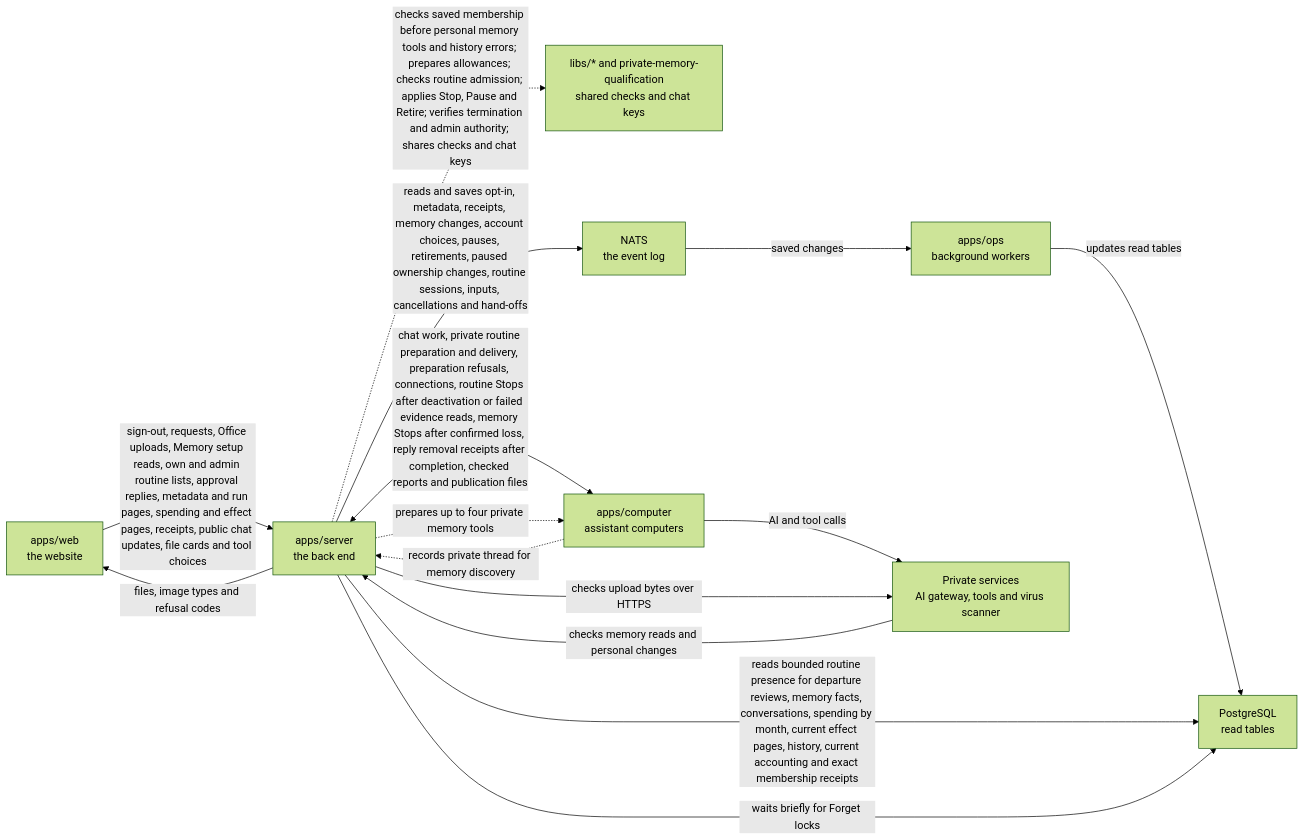
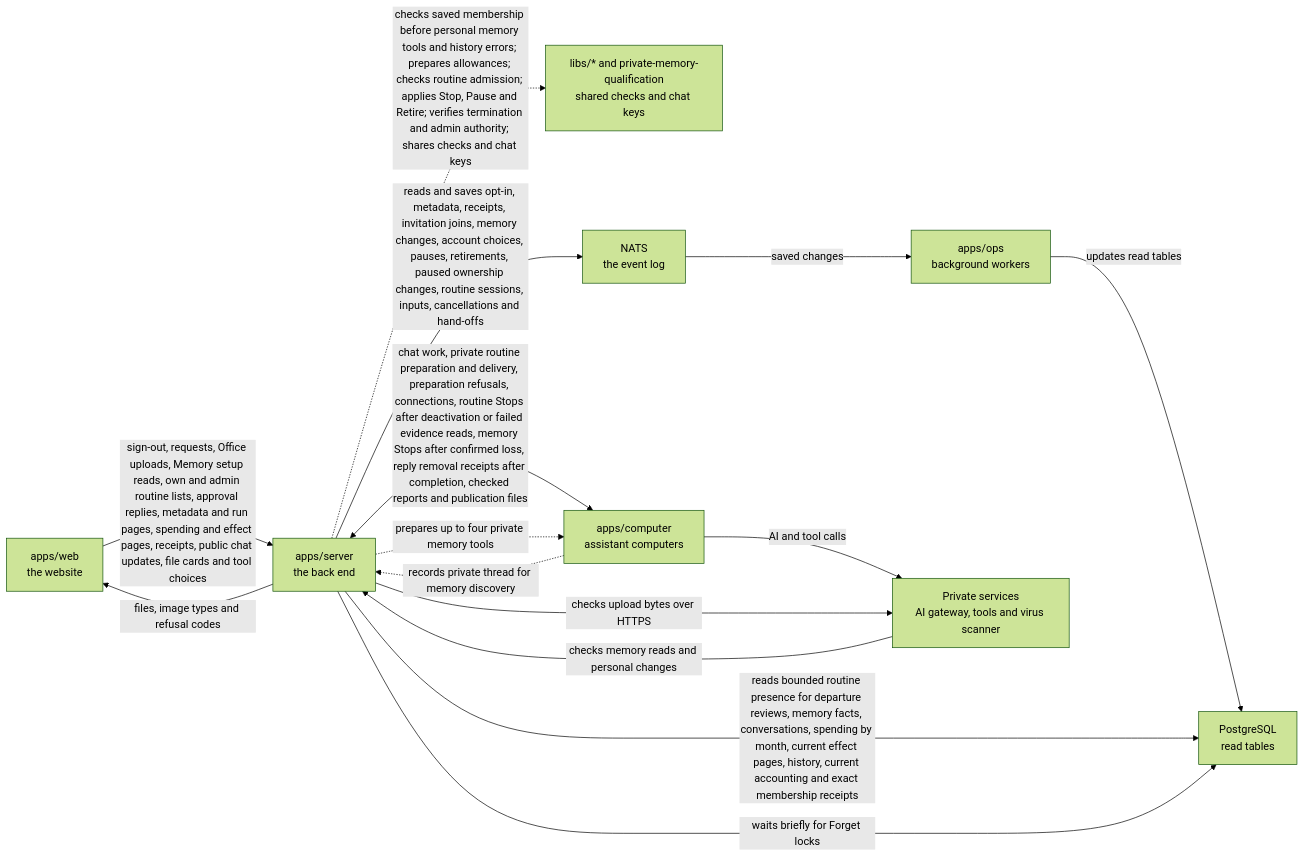
Before and after one commit to elewa-git/opencrane-new: the diagram in apps/server/README.md, drawn with Mermaid (forest theme). The commit also changed other lines of this file and 6 other files, not shown here.

Commit message:
🐛 Recover concurrent invite results and wait for routine reads

````diff
--- a/apps/server/README.md
+++ b/apps/server/README.md
@@ -179,17 +179,17 @@
 ```mermaid
 flowchart LR
   web["apps/web<br/>the website"] -->|sign-out, requests, Office uploads, Memory setup reads, own and admin routine lists, approval replies, metadata and run pages, spending and effect pages, receipts, public chat updates, file cards and tool choices| server["apps/server<br/>the back end"]
   server -.->|checks saved membership before personal memory tools and history errors; prepares allowances; checks routine admission; applies Stop, Pause and Retire; verifies termination and admin authority; shares checks and chat keys| libs["libs/* and private-memory-qualification<br/>shared checks and chat keys"]
-  server -->|reads and saves opt-in, metadata, receipts, memory changes, account choices, pauses, retirements, paused ownership changes, routine sessions, inputs, cancellations and hand-offs| nats["NATS<br/>the event log"]
+  server -->|reads and saves opt-in, metadata, receipts, invitation joins, memory changes, account choices, pauses, retirements, paused ownership changes, routine sessions, inputs, cancellations and hand-offs| nats["NATS<br/>the event log"]
   nats -->|saved changes| ops["apps/ops<br/>background workers"]
   ops -->|updates read tables| postgres["PostgreSQL<br/>read tables"]
   server -->|reads bounded routine presence for departure reviews, memory facts, conversations, spending by month, current effect pages, history, current accounting and exact membership receipts| postgres
   server -->|waits briefly for Forget locks| postgres
   server <-->|chat work, private routine preparation and delivery, preparation refusals, connections, routine Stops after deactivation or failed evidence reads, memory Stops after confirmed loss, reply removal receipts after completion, checked reports and publication files| computer["apps/computer<br/>assistant computers"]
   computer -.->|records private thread for memory discovery| server
   server -.->|prepares up to four private memory tools| computer
   computer -->|AI and tool calls| runtime["Private services<br/>AI gateway, tools and virus scanner"]
   server -->|files, image types and refusal codes| web
   server -->|checks upload bytes over HTTPS| runtime
   runtime -->|checks memory reads and personal changes| server
 ```
````
